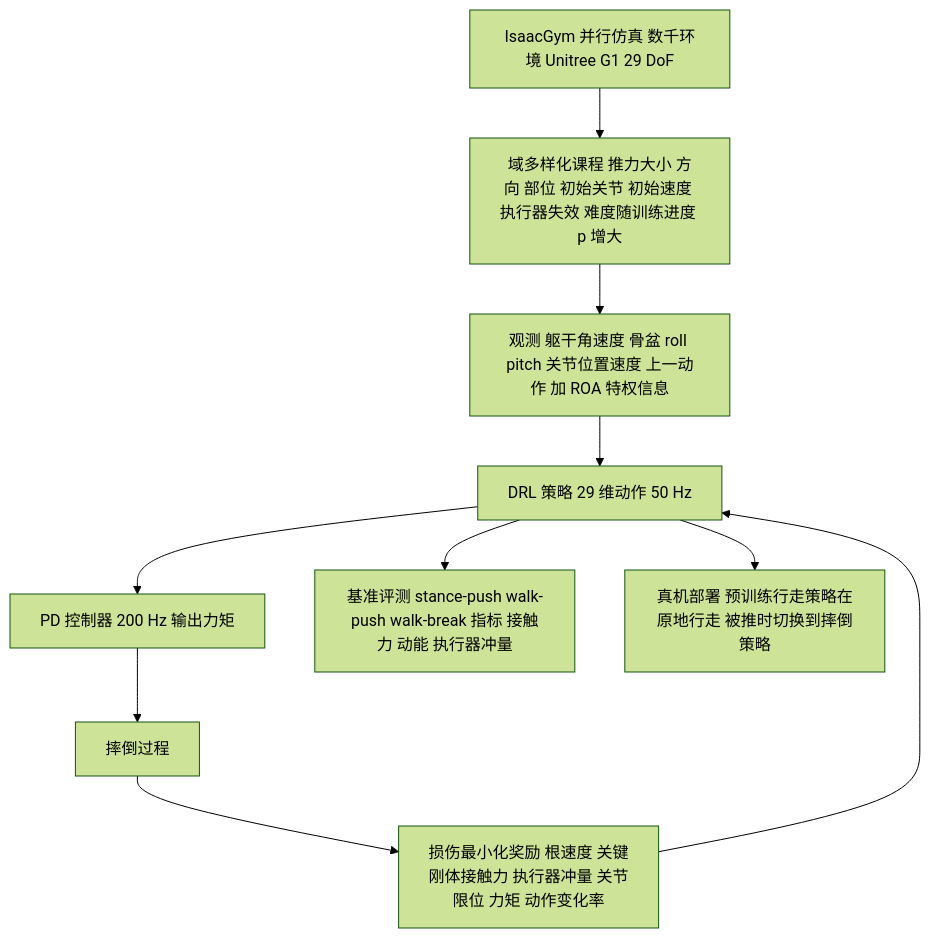
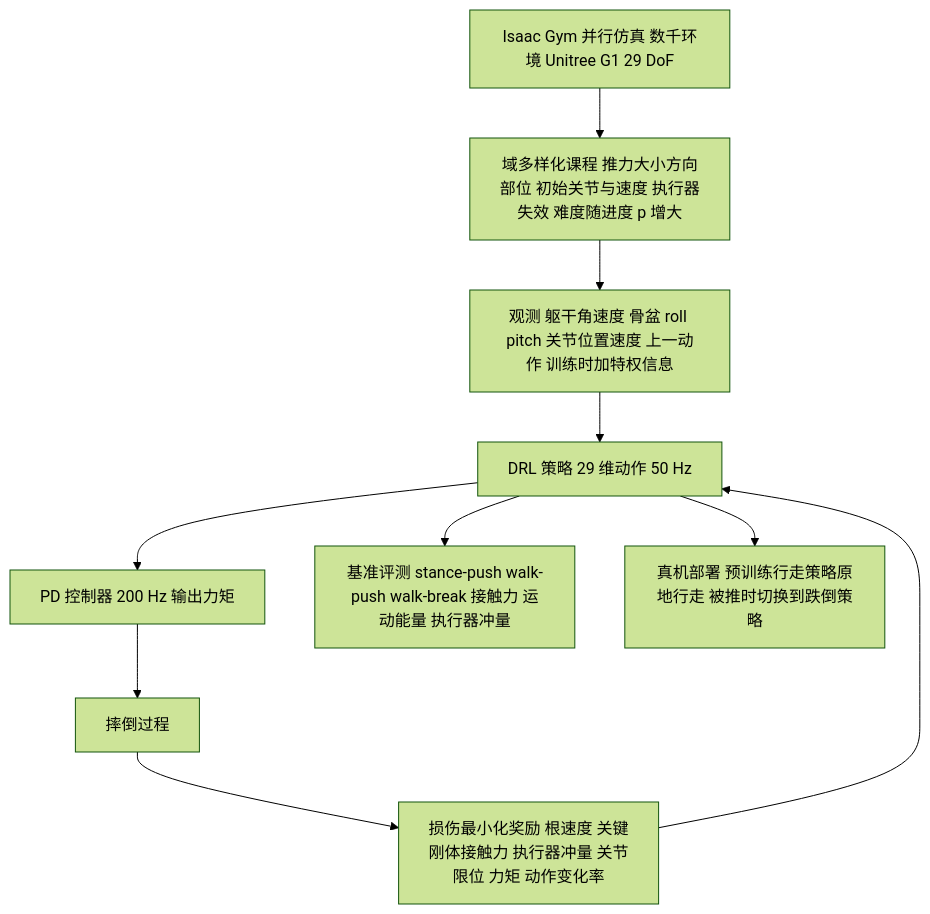
The diagram in wiki/entities/paper-notebook-discovering-self-protective-falling-policy-for-h.md (ImChong/Robotics_Notebooks), drawn with Mermaid (forest theme) before and after one commit. The commit also changed other lines of this file and 3 other files, not shown here.

````diff
--- a/wiki/entities/paper-notebook-discovering-self-protective-falling-policy-for-h.md
+++ b/wiki/entities/paper-notebook-discovering-self-protective-falling-policy-for-h.md
@@ -43,12 +49,12 @@
 ```mermaid
 flowchart TD
-  ENV[IsaacGym 并行仿真 数千环境 Unitree G1 29 DoF] --> CUR[域多样化课程 推力大小 方向 部位 初始关节 初始速度 执行器失效 难度随训练进度 p 增大]
-  CUR --> OBS[观测 躯干角速度 骨盆 roll pitch 关节位置速度 上一动作 加 ROA 特权信息]
-  OBS --> POL[DRL 策略 29 维动作 50 Hz]
-  POL --> PD[PD 控制器 200 Hz 输出力矩]
-  PD --> FALL[摔倒过程]
-  FALL --> RW[损伤最小化奖励 根速度 关键刚体接触力 执行器冲量 关节限位 力矩 动作变化率]
+  ENV["Isaac Gym 并行仿真 数千环境 Unitree G1 29 DoF"] --> CUR["域多样化课程 推力大小方向部位 初始关节与速度 执行器失效 难度随进度 p 增大"]
+  CUR --> OBS["观测 躯干角速度 骨盆 roll pitch 关节位置速度 上一动作 训练时加特权信息"]
+  OBS --> POL["DRL 策略 29 维动作 50 Hz"]
+  POL --> PD["PD 控制器 200 Hz 输出力矩"]
+  PD --> FALL["摔倒过程"]
+  FALL --> RW["损伤最小化奖励 根速度 关键刚体接触力 执行器冲量 关节限位 力矩 动作变化率"]
   RW --> POL
-  POL --> EVAL[基准评测 stance-push walk-push walk-break 指标 接触力 动能 执行器冲量]
-  POL --> REAL[真机部署 预训练行走策略在原地行走 被推时切换到摔倒策略]
+  POL --> EVAL["基准评测 stance-push walk-push walk-break 接触力 运动能量 执行器冲量"]
+  POL --> REAL["真机部署 预训练行走策略原地行走 被推时切换到跌倒策略"]
 ```
````
